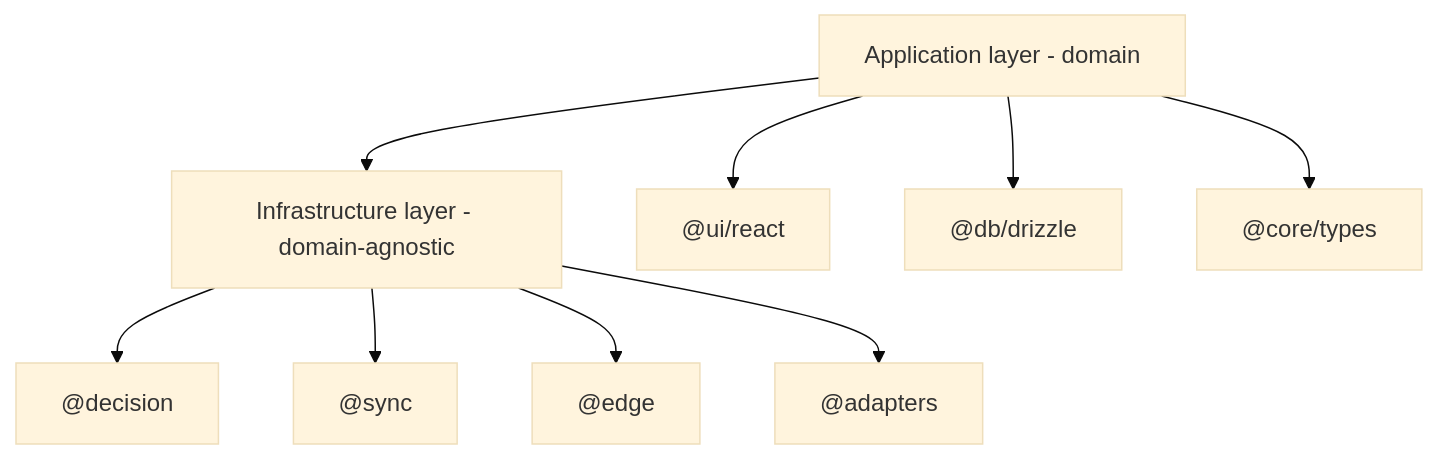
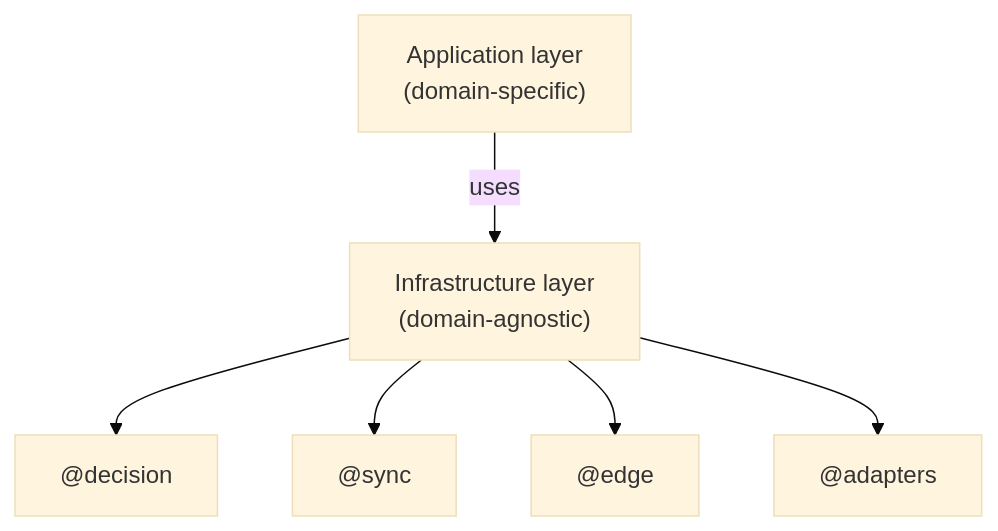
The diagram in docs/domain_agnostic_infra.md (carmen-buendia/sicilia-soil), drawn with Mermaid (base theme) before and after one commit. The commit also changed other lines of this file and 5 other files, not shown here.

````diff
--- a/docs/domain_agnostic_infra.md
+++ b/docs/domain_agnostic_infra.md
@@ -72,11 +82,8 @@
 ```mermaid
 graph TD
-  A[Application layer - domain] --> B[Infrastructure layer - domain-agnostic]
-  A --> UI["@ui/react"]
-  A --> DB["@db/drizzle"]
-  A --> T["@core/types"]
+  A["Application layer<br/>(domain-specific)"] -->|uses| B["Infrastructure layer<br/>(domain-agnostic)"]
   B --> D["@decision"]
   B --> S["@sync"]
   B --> E["@edge"]
   B --> AD["@adapters"]
 ```
````
